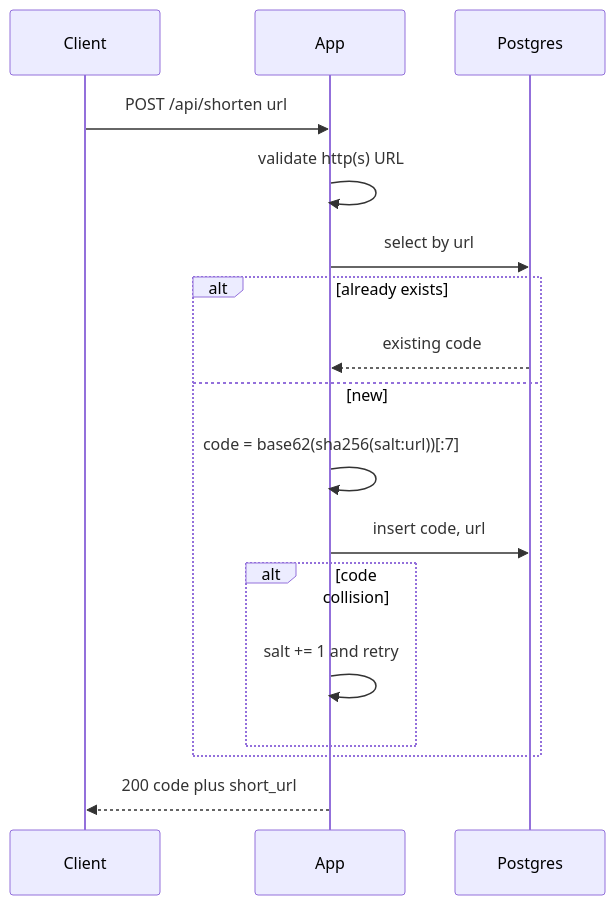
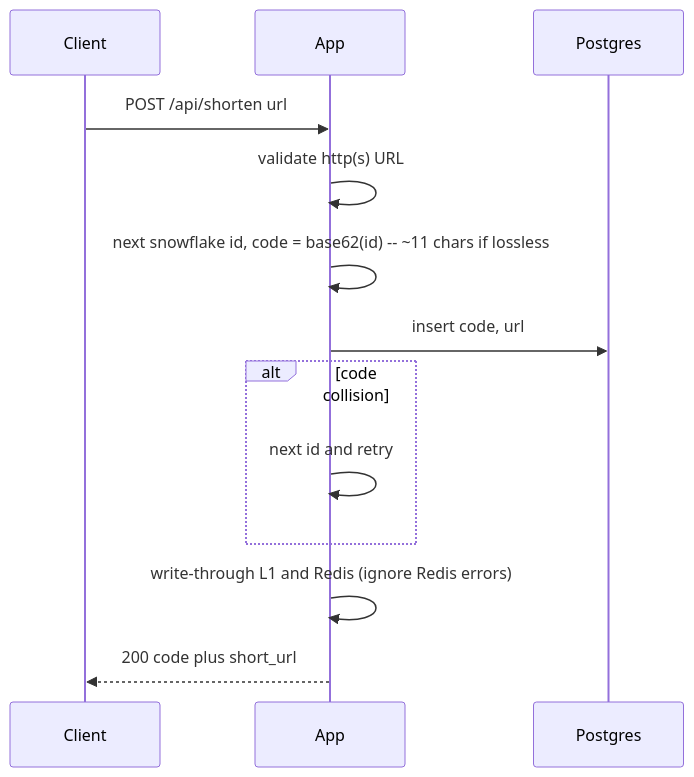
The second of 3 diagrams in questions/url-shortener/FLOW.md (CharlotteYW/system-design-interview), drawn with Mermaid before and after one commit. The commit also changed other lines of this file and 8 other files, not shown here.

First line of the commit message:
Re-practice the URL shortener with Snowflake codes and per-POST uniqueness.

````diff
--- a/questions/url-shortener/FLOW.md
+++ b/questions/url-shortener/FLOW.md
@@ -23,19 +23,15 @@
 ```mermaid
 sequenceDiagram
   participant C as Client
   participant S as App
   participant D as Postgres
   C->>S: POST /api/shorten url
   S->>S: validate http(s) URL
-  S->>D: select by url
-  alt already exists
-    D-->>S: existing code
-  else new
-    S->>S: code = base62(sha256(salt:url))[:7]
-    S->>D: insert code, url
-    alt code collision
-      S->>S: salt += 1 and retry
-    end
+  S->>S: next snowflake id, code = base62(id)  -- ~11 chars if lossless
+  S->>D: insert code, url
+  alt code collision
+    S->>S: next id and retry
   end
+  S->>S: write-through L1 and Redis (ignore Redis errors)
   S-->>C: 200 code plus short_url
 ```
````
